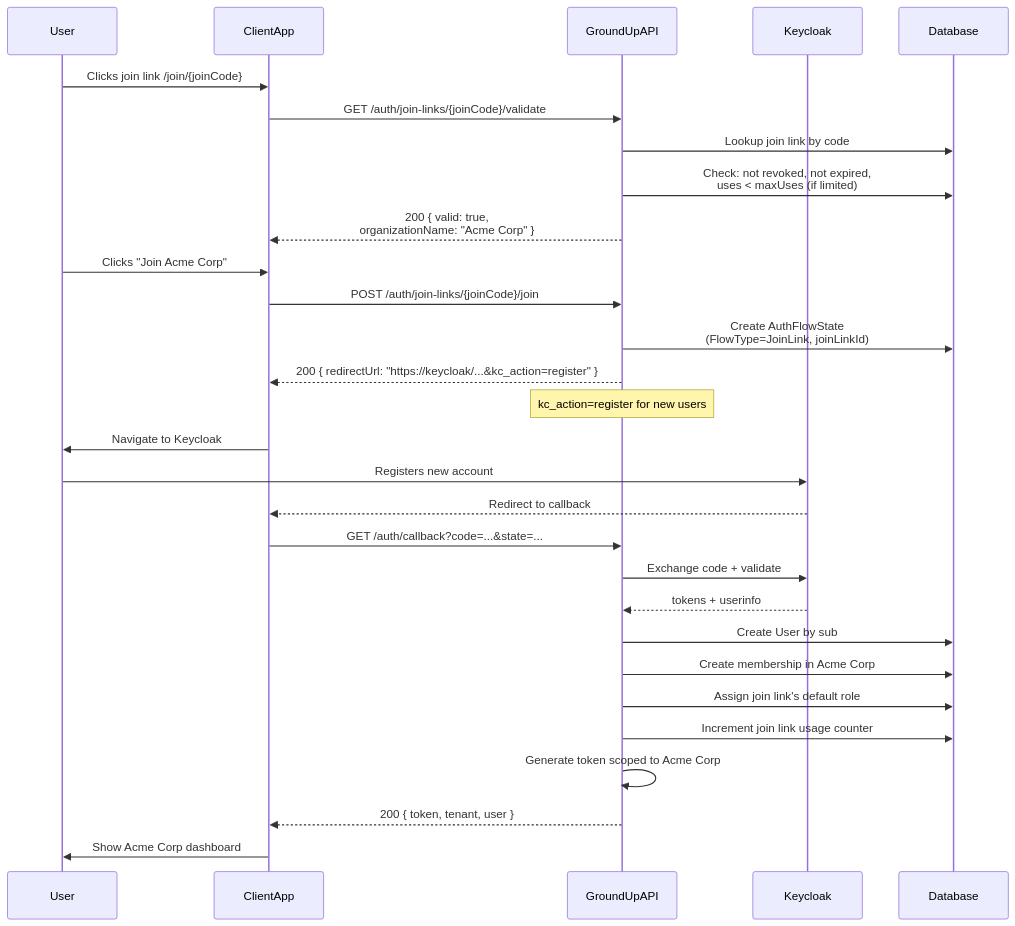
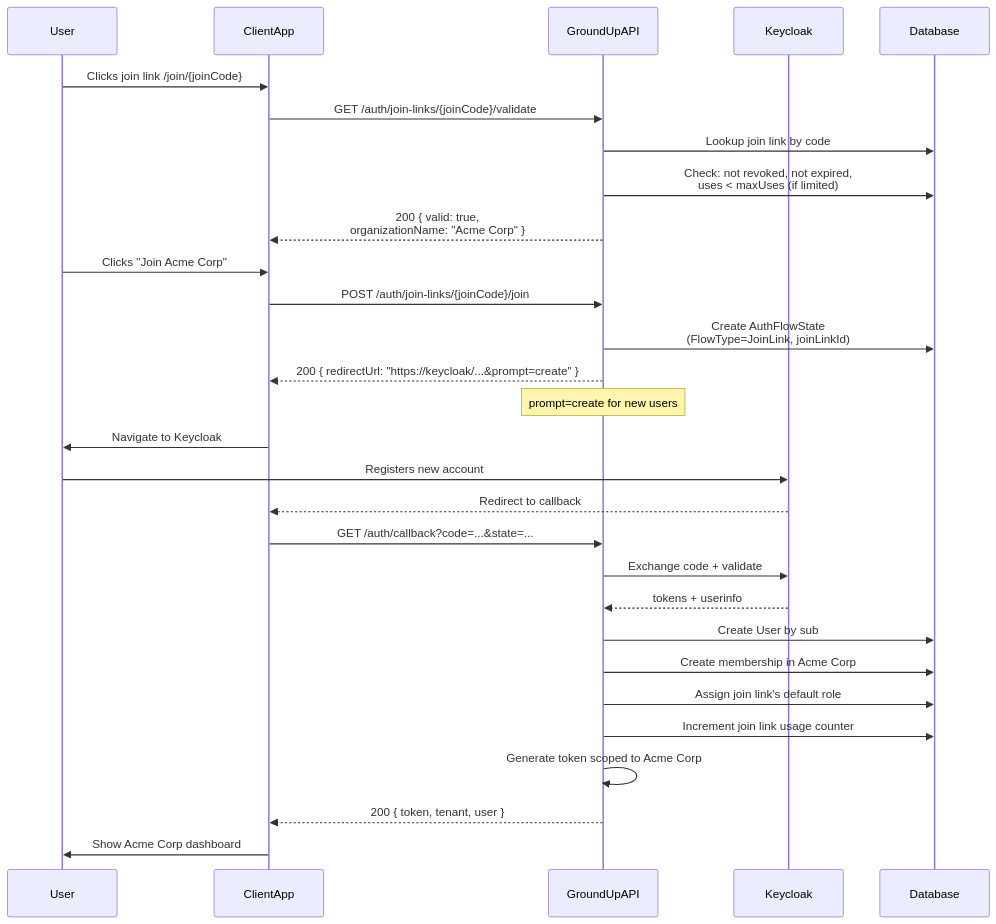
Before and after one commit to rsbst23/groundup: the ninth of 23 diagrams in .kiro/specs/phase-10-cleanup/auth-flows-design.md, drawn with Mermaid. The commit also changed other lines of this file and 7 other files, not shown here.

````diff
--- a/.kiro/specs/phase-10-cleanup/auth-flows-design.md
+++ b/.kiro/specs/phase-10-cleanup/auth-flows-design.md
@@ -482,32 +484,32 @@
 ```mermaid
 sequenceDiagram
     participant User
     participant ClientApp
     participant GroundUpAPI
     participant Keycloak
     participant Database
 
     User->>ClientApp: Clicks join link /join/{joinCode}
     ClientApp->>GroundUpAPI: GET /auth/join-links/{joinCode}/validate
     GroundUpAPI->>Database: Lookup join link by code
     GroundUpAPI->>Database: Check: not revoked, not expired,<br/>uses < maxUses (if limited)
     GroundUpAPI-->>ClientApp: 200 { valid: true,<br/>organizationName: "Acme Corp" }
     User->>ClientApp: Clicks "Join Acme Corp"
     ClientApp->>GroundUpAPI: POST /auth/join-links/{joinCode}/join
     GroundUpAPI->>Database: Create AuthFlowState<br/>(FlowType=JoinLink, joinLinkId)
-    GroundUpAPI-->>ClientApp: 200 { redirectUrl: "https://keycloak/...&kc_action=register" }
-    Note over GroundUpAPI: kc_action=register for new users
+    GroundUpAPI-->>ClientApp: 200 { redirectUrl: "https://keycloak/...&prompt=create" }
+    Note over GroundUpAPI: prompt=create for new users
     ClientApp->>User: Navigate to Keycloak
     User->>Keycloak: Registers new account
     Keycloak-->>ClientApp: Redirect to callback
     ClientApp->>GroundUpAPI: GET /auth/callback?code=...&state=...
     GroundUpAPI->>Keycloak: Exchange code + validate
     Keycloak-->>GroundUpAPI: tokens + userinfo
     GroundUpAPI->>Database: Create User by sub
     GroundUpAPI->>Database: Create membership in Acme Corp
     GroundUpAPI->>Database: Assign join link's default role
     GroundUpAPI->>Database: Increment join link usage counter
     GroundUpAPI->>GroundUpAPI: Generate token scoped to Acme Corp
     GroundUpAPI-->>ClientApp: 200 { token, tenant, user }
     ClientApp->>User: Show Acme Corp dashboard
 ```
````
